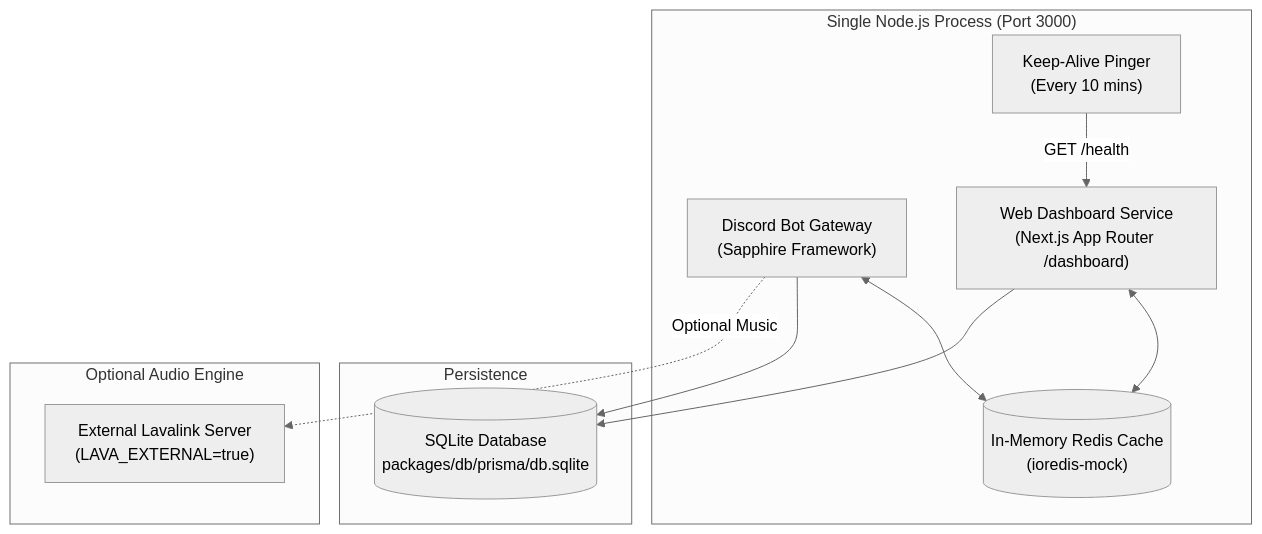
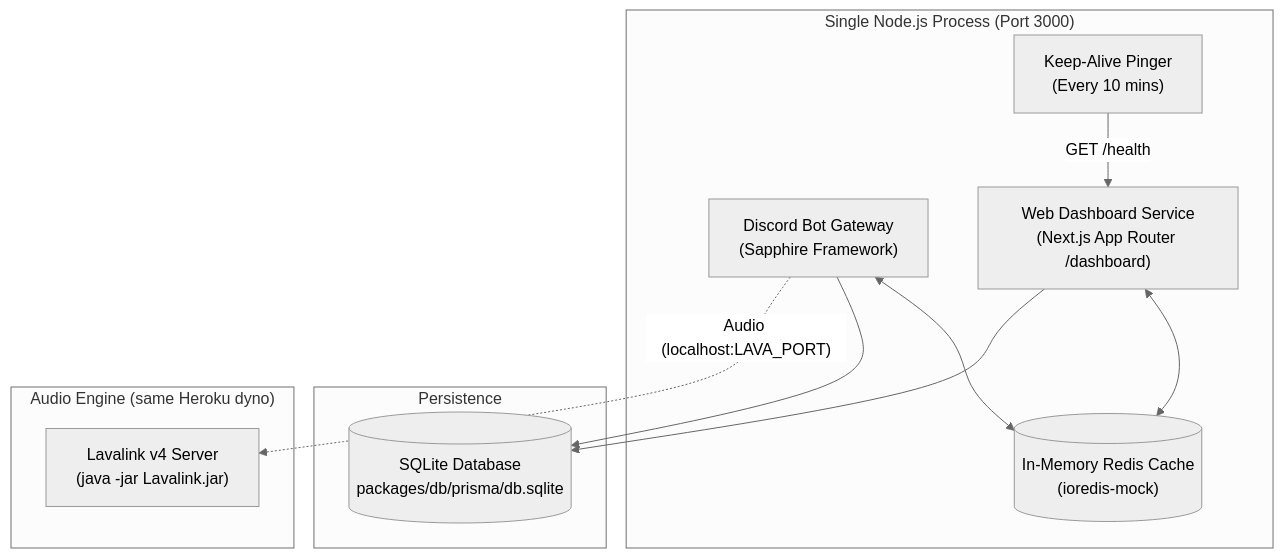
One commit to PhantomNimbi/Master-Bot changed the diagram in wiki/Deployment.md. Above: the diagram before and after it, drawn with Mermaid (neutral theme). The commit also changed other lines of this file and 6 other files, not shown here.

First line of the commit message:
🔥 docs(deploy): Heroku CLI hosting with embedded Lavalink

````diff
--- a/wiki/Deployment.md
+++ b/wiki/Deployment.md
@@ -11,24 +11,24 @@
 ```mermaid
 flowchart TD
     subgraph SingleProcess ["Single Node.js Process (Port 3000)"]
         Bot["Discord Bot Gateway<br/>(Sapphire Framework)"]
         Dashboard["Web Dashboard Service<br/>(Next.js App Router /dashboard)"]
         Cache[("In-Memory Redis Cache<br/>(ioredis-mock)")]
         KeepAlive["Keep-Alive Pinger<br/>(Every 10 mins)"]
     end
 
     subgraph Storage ["Persistence"]
         DB[("SQLite Database<br/>packages/db/prisma/db.sqlite")]
     end
 
-    subgraph AudioEngine ["Optional Audio Engine"]
-        Lavalink["External Lavalink Server<br/>(LAVA_EXTERNAL=true)"]
+    subgraph AudioEngine ["Audio Engine (same Heroku dyno)"]
+        Lavalink["Lavalink v4 Server<br/>(java -jar Lavalink.jar)"]
     end
 
     Bot <--> Cache
     Dashboard <--> Cache
     Bot --> DB
     Dashboard --> DB
-    Bot -.->|"Optional Music"| Lavalink
+    Bot -.->|"Audio (localhost:LAVA_PORT)"| Lavalink
     KeepAlive -->|"GET /health"| Dashboard
 ```
````
